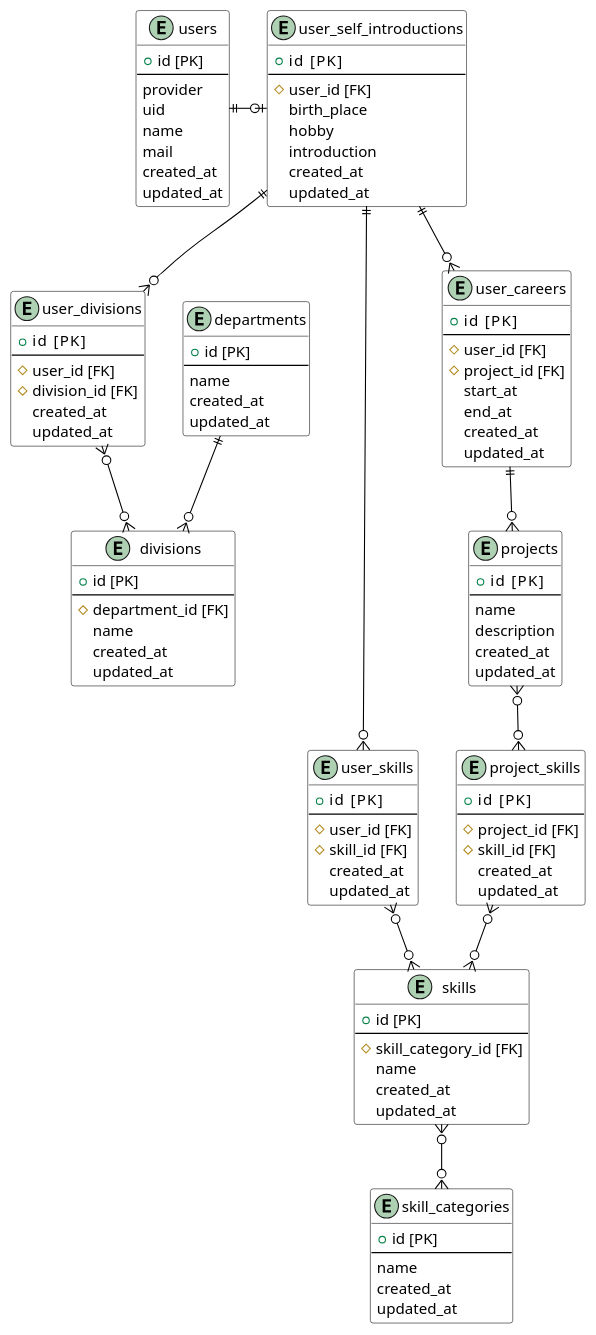
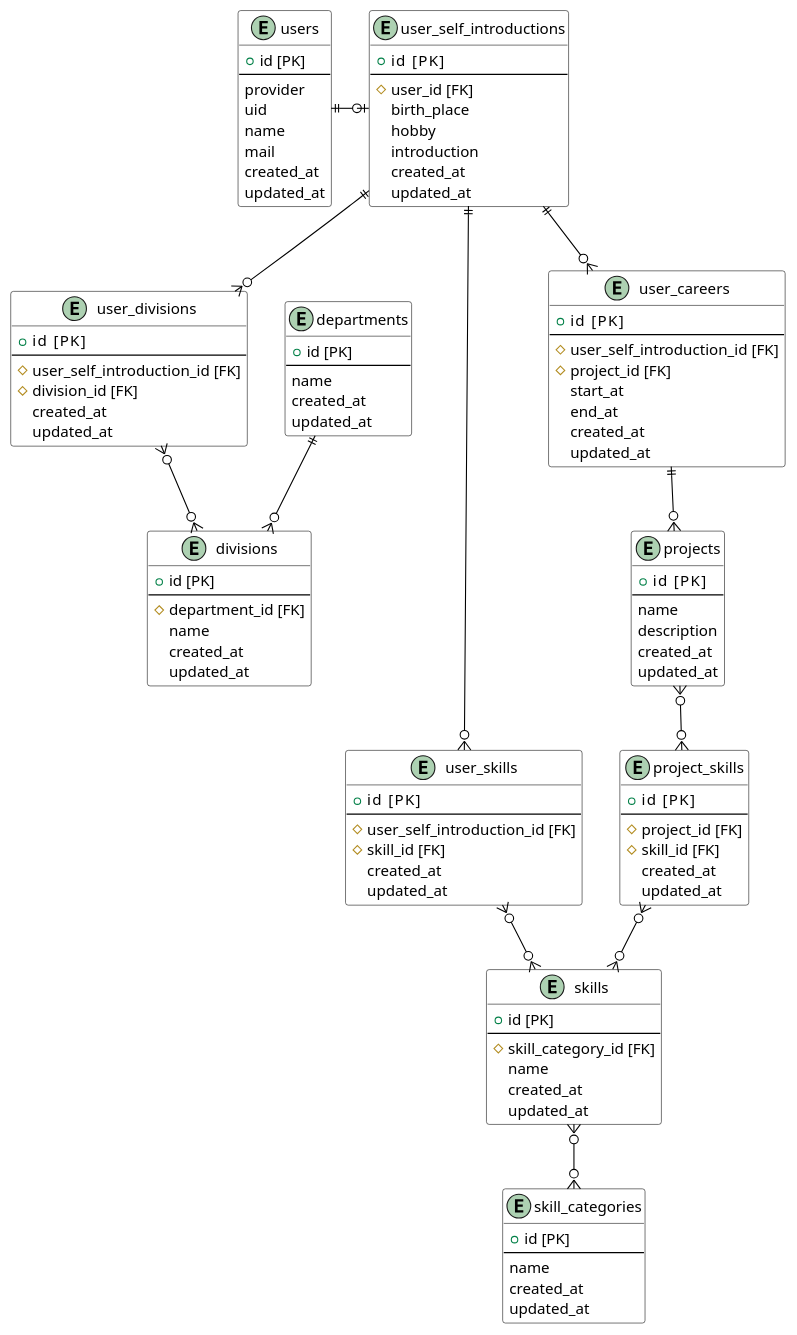
One commit to KunioOkita/self_introduction_app changed the diagram in docs/ER図.pu. Above: the diagram before and after it, drawn with PlantUML. The commit also changed 17 other files, not shown here.

```diff
--- a/docs/ER図.pu
+++ b/docs/ER図.pu
@@ -1,127 +1,127 @@
 @startuml
 /'
 デフォルトのスタイルを設定します。
 この場合の指定は class です。entity ではエラーになります。
 '/
 skinparam class {
     BackgroundColor METAL
     BorderColor Black
     ArrowColor Black
 }
 
 entity "users" as users {
     + id [PK]
     --
     provider
     uid
     name
     mail
     created_at
     updated_at
 }
 
 entity "user_self_introductions" as user_self_introductions {
     + id   [PK]
     --
     # user_id [FK]
     birth_place
     hobby
     introduction
     created_at
     updated_at
 }
 
 entity "user_divisions" as user_divisions {
     + id   [PK]
     --
-    # user_id [FK]
+    # user_self_introduction_id [FK]
     # division_id [FK]
     created_at
     updated_at
 }
 
 entity "departments" as departments {
     + id [PK]
     --
     name
     created_at
     updated_at
 }
 
 entity "divisions" as divisions {
     + id [PK]
     --
     # department_id [FK]
     name
     created_at
     updated_at
 }
 
 entity "skills" as skills {
     + id [PK]
     --
     # skill_category_id [FK]
     name
     created_at
     updated_at
 }
 
 entity "skill_categories" as skill_categories {
     + id [PK]
     --
     name
     created_at
     updated_at
 }
 
 entity "user_skills" as user_skills {
     + id   [PK]
     --
-    # user_id [FK]
+    # user_self_introduction_id [FK]
     # skill_id [FK]
     created_at
     updated_at
 }
 
 entity "user_careers" as user_careers {
     + id   [PK]
     --
-    # user_id [FK]
+    # user_self_introduction_id [FK]
     # project_id [FK]
     start_at
     end_at
     created_at
     updated_at
 }
 
 entity "projects" as projects {
     + id   [PK]
     --
     name
     description
     created_at
     updated_at
 }
 
 entity "project_skills" as project_skills {
     + id   [PK]
     --
     # project_id [FK]
     # skill_id [FK]
     created_at
     updated_at
 }
 
 users ||--right--o| user_self_introductions
 user_self_introductions ||--o{ user_divisions
 user_self_introductions ||--o{ user_skills
 user_self_introductions ||--o{ user_careers
 user_divisions }o--o{ divisions
 departments ||--o{ divisions
 skills }o--o{ skill_categories
 user_skills }o--o{ skills
 projects }o--o{ project_skills
 project_skills }o--o{ skills
 user_careers ||--o{ projects
 
 @enduml
```
